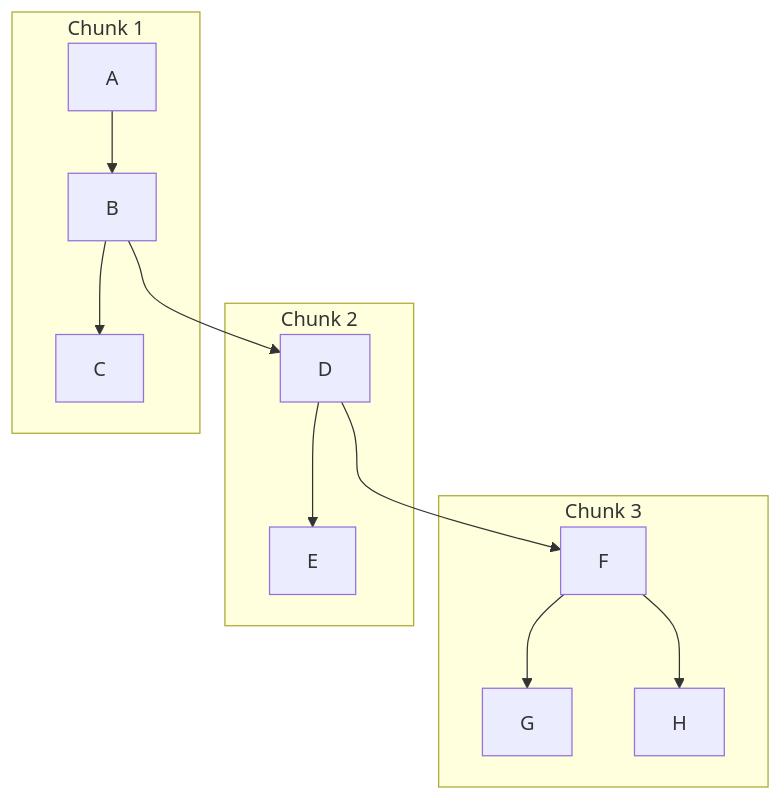
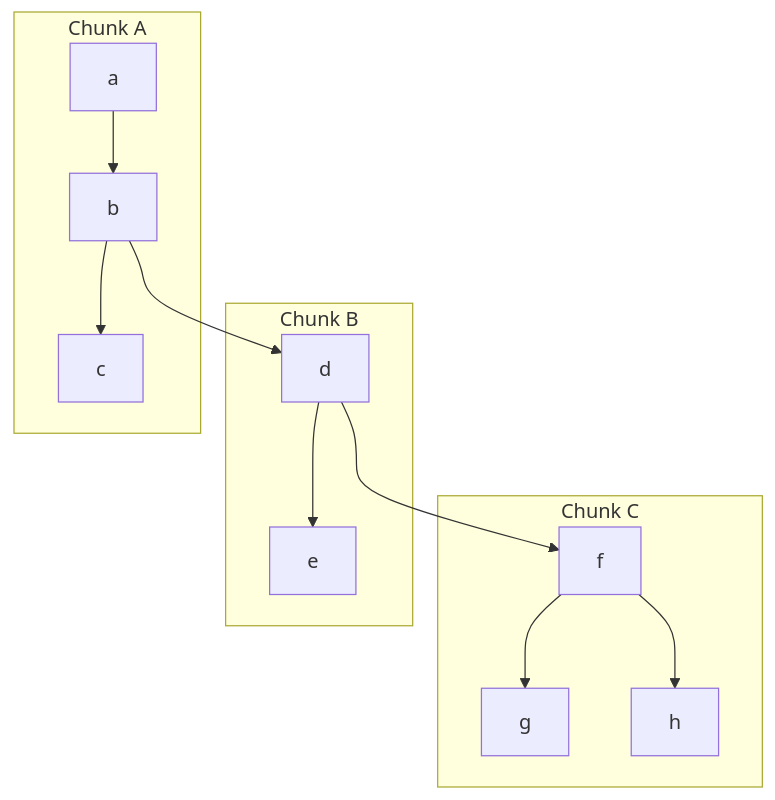
One commit to microsoft/FluidFramework changed the third of 26 diagrams in packages/dds/tree/docs/wip/treeStorage.md. Above: the diagram before and after it, drawn with Mermaid. The commit also changed other lines of this file, not shown here.

````diff
--- a/packages/dds/tree/docs/wip/treeStorage.md
+++ b/packages/dds/tree/docs/wip/treeStorage.md
@@ -83,15 +85,15 @@
 ```mermaid
 graph TD;
-    subgraph Chunk 3
-    F-->G
-    F-->H
+    subgraph Chunk C
+    f-->g
+    f-->h
     end
-    subgraph Chunk 2
-    D-->E
+    subgraph Chunk B
+    d-->e
     end
-    subgraph Chunk 1
-    A-->B-->C;
+    subgraph Chunk A
+    a-->b-->c;
     end
-    B-->D
-    D-->F
+    b-->d
+    d-->f
 ```
````
